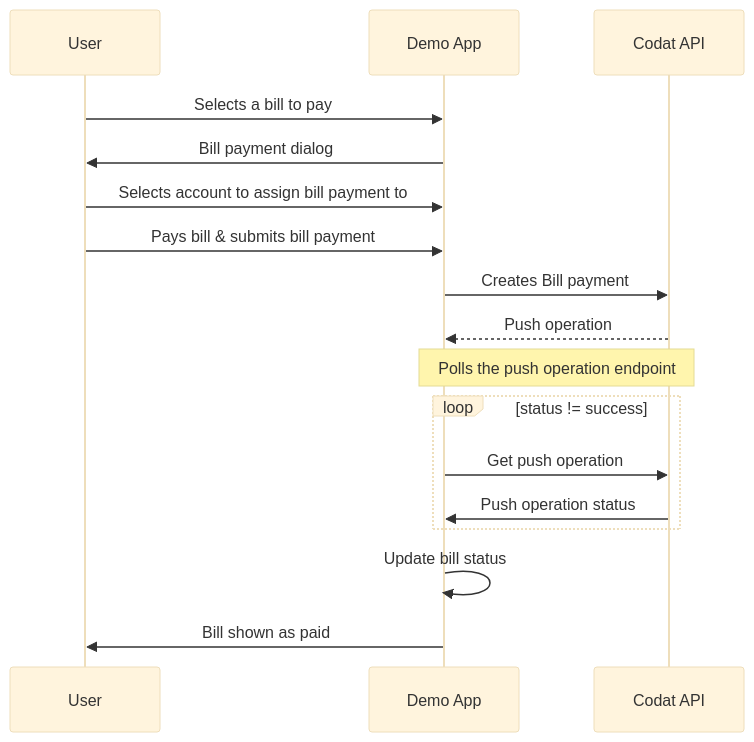
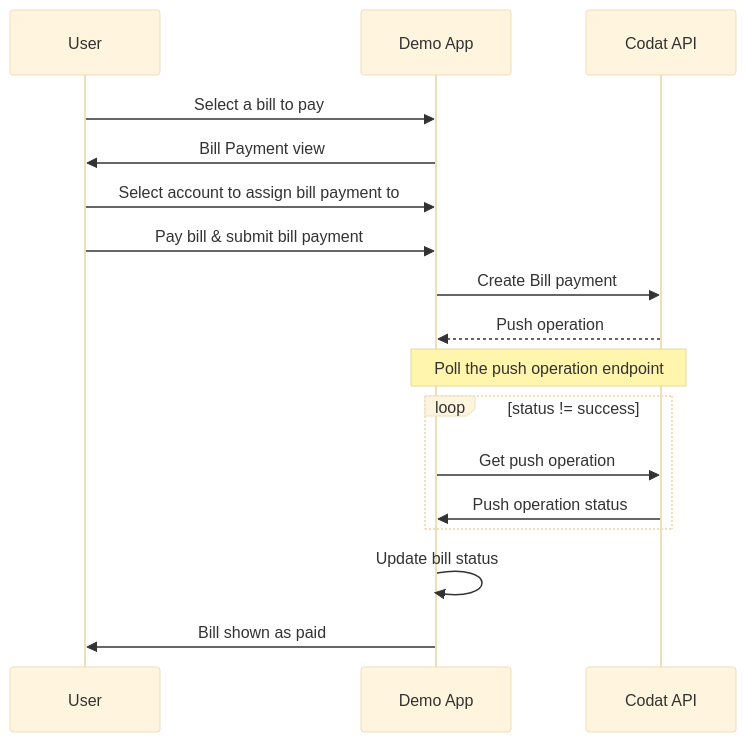
One commit to codatio/codat-docs changed the second of 2 diagrams in docs/accounting-api/guides/bill-pay/how-the-demo-app-works.md. Above: the diagram before and after it, drawn with Mermaid (base theme). The commit also changed other lines of this file and 3 other files, not shown here.

````diff
--- a/docs/accounting-api/guides/bill-pay/how-the-demo-app-works.md
+++ b/docs/accounting-api/guides/bill-pay/how-the-demo-app-works.md
@@ -162,22 +168,22 @@
 ```mermaid
 sequenceDiagram
     participant user as User
     participant backend as Demo App 
     participant codat as Codat API    
               
-    user ->> backend: Selects a bill to pay
-    backend ->> user: Bill payment dialog
-    user ->> backend: Selects account to assign bill payment to
-    user ->> backend: Pays bill & submits bill payment
+    user ->> backend: Select a bill to pay
+    backend ->> user: Bill Payment view
+    user ->> backend: Select account to assign bill payment to
+    user ->> backend: Pay bill & submit bill payment
 
-    backend ->> codat: Creates Bill payment
+    backend ->> codat: Create Bill payment
     codat -->> backend: Push operation
-    Note over codat,backend: Polls the push operation endpoint
+    Note over codat,backend: Poll the push operation endpoint
     loop status != success
         backend ->> codat: Get push operation
         codat ->> backend: Push operation status
     end
     backend ->> backend: Update bill status
     backend ->> user: Bill shown as paid
     
 ```
````
